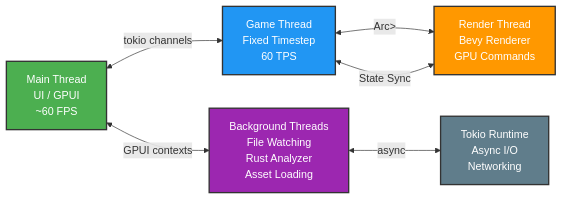
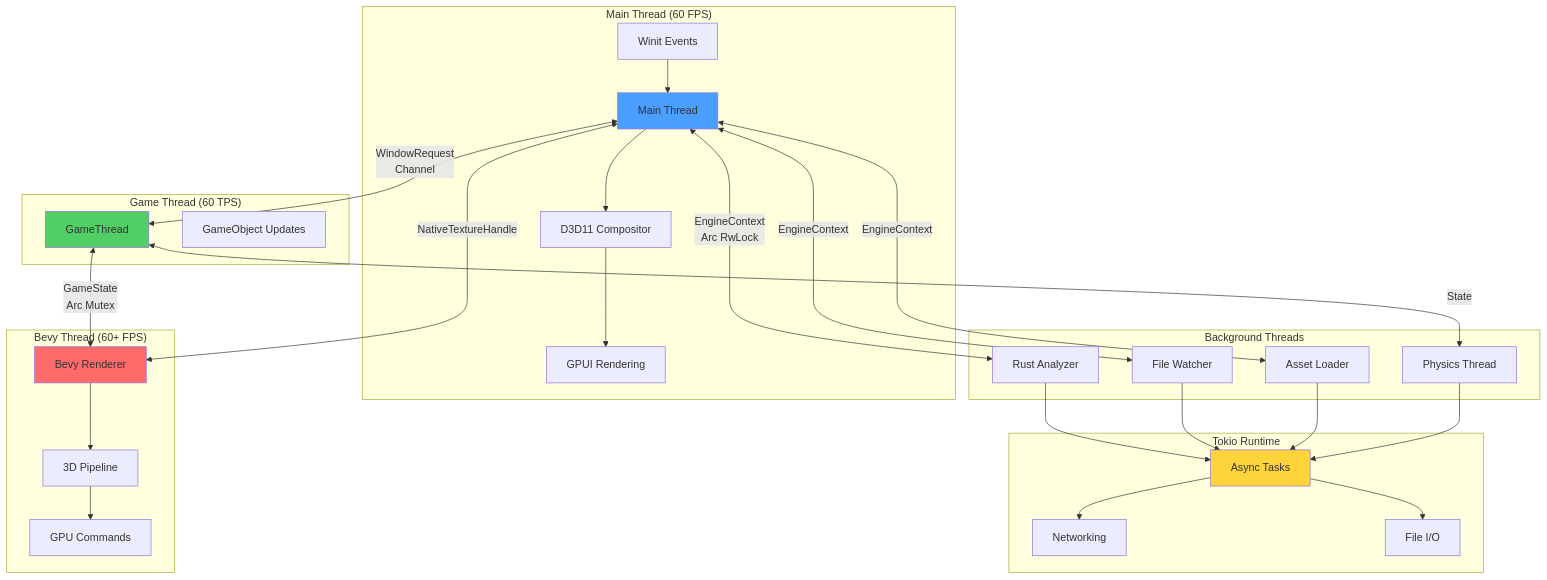
One commit to Far-Beyond-Pulsar/docs changed the third of 5 diagrams in public/docs/core-concepts/architecture.md. Above: the diagram before and after it, drawn with Mermaid. The commit also changed other lines of this file and 2 other files, not shown here.

First line of the commit message:
Revise Pulsar architecture docs with detailed overhaul

````diff
--- a/public/docs/core-concepts/architecture.md
+++ b/public/docs/core-concepts/architecture.md
@@ -247,20 +555,57 @@
 ```mermaid
-graph LR
-    A[Main Thread<br/>UI / GPUI<br/>~60 FPS]
-    B[Game Thread<br/>Fixed Timestep<br/>60 TPS]
-    C[Render Thread<br/>Bevy Renderer<br/>GPU Commands]
-    D[Background Threads<br/>File Watching<br/>Rust Analyzer<br/>Asset Loading]
-    E[Tokio Runtime<br/>Async I/O<br/>Networking]
+graph TB
+    subgraph "Main Thread (60 FPS)"
+        MT[Main Thread]
+        WE[Winit Events]
+        COMP[D3D11 Compositor]
+        GPUI[GPUI Rendering]
+    end
 
-    A <-->|tokio channels| B
-    B <-->|Arc<Mutex<T>>| C
-    A <-->|GPUI contexts| D
-    D <-->|async| E
-    B <-->|State Sync| C
+    subgraph "Game Thread (60 TPS)"
+        GT[GameThread]
+        GO[GameObject Updates]
+    end
 
-    style A fill:#4CAF50,stroke:#333,stroke-width:2px,color:#fff
-    style B fill:#2196F3,stroke:#333,stroke-width:2px,color:#fff
-    style C fill:#FF9800,stroke:#333,stroke-width:2px,color:#fff
-    style D fill:#9C27B0,stroke:#333,stroke-width:2px,color:#fff
-    style E fill:#607D8B,stroke:#333,stroke-width:2px,color:#fff
+    subgraph "Bevy Thread (60+ FPS)"
+        BT[Bevy Renderer]
+        BP[3D Pipeline]
+        GPU[GPU Commands]
+    end
+
+    subgraph "Background Threads"
+        RA[Rust Analyzer]
+        FW[File Watcher]
+        AL[Asset Loader]
+        PH[Physics Thread]
+    end
+
+    subgraph "Tokio Runtime"
+        TR[Async Tasks]
+        NET[Networking]
+        IO[File I/O]
+    end
+
+    WE --> MT
+    MT --> COMP
+    COMP --> GPUI
+    MT <-->|WindowRequest<br/>Channel| GT
+    MT <-->|NativeTextureHandle| BT
+    BT --> BP
+    BP --> GPU
+    GT <-->|GameState<br/>Arc Mutex| BT
+    MT <-->|EngineContext<br/>Arc RwLock| RA
+    MT <-->|EngineContext| FW
+    MT <-->|EngineContext| AL
+    GT <-->|State| PH
+    RA --> TR
+    FW --> TR
+    AL --> TR
+    PH --> TR
+    TR --> NET
+    TR --> IO
+
+    style MT fill:#4a9eff
+    style GT fill:#51cf66
+    style BT fill:#ff6b6b
+    style TR fill:#ffd43b
 ```
````
